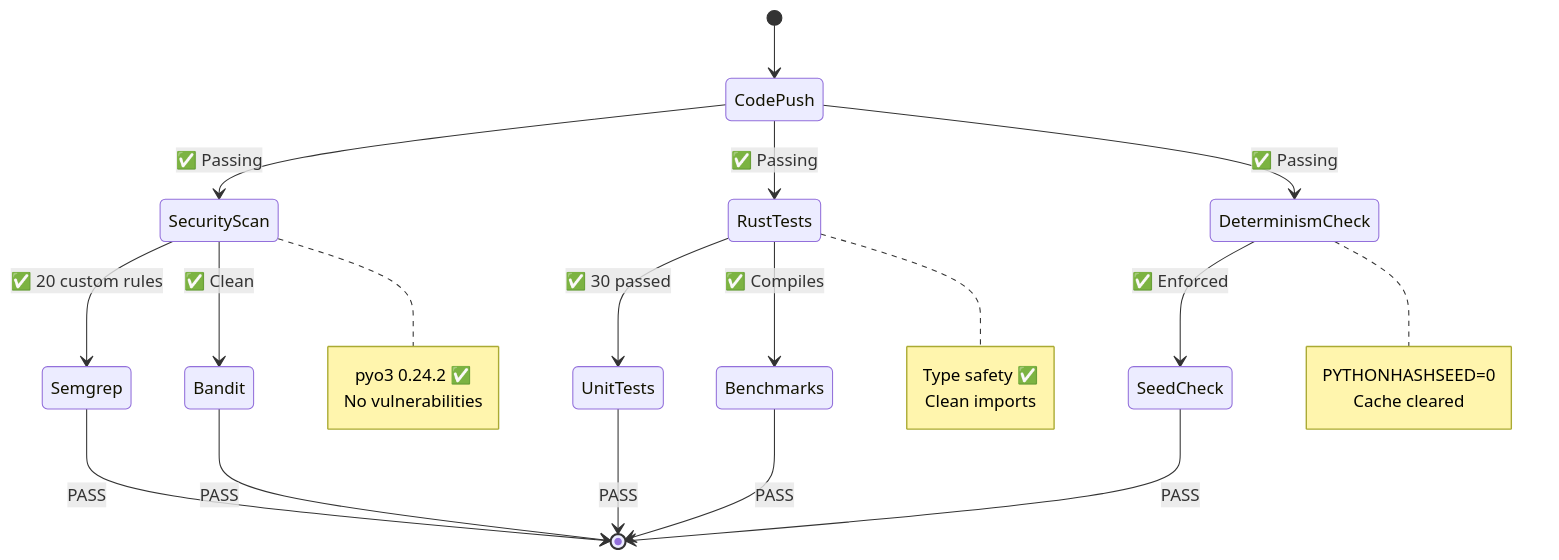
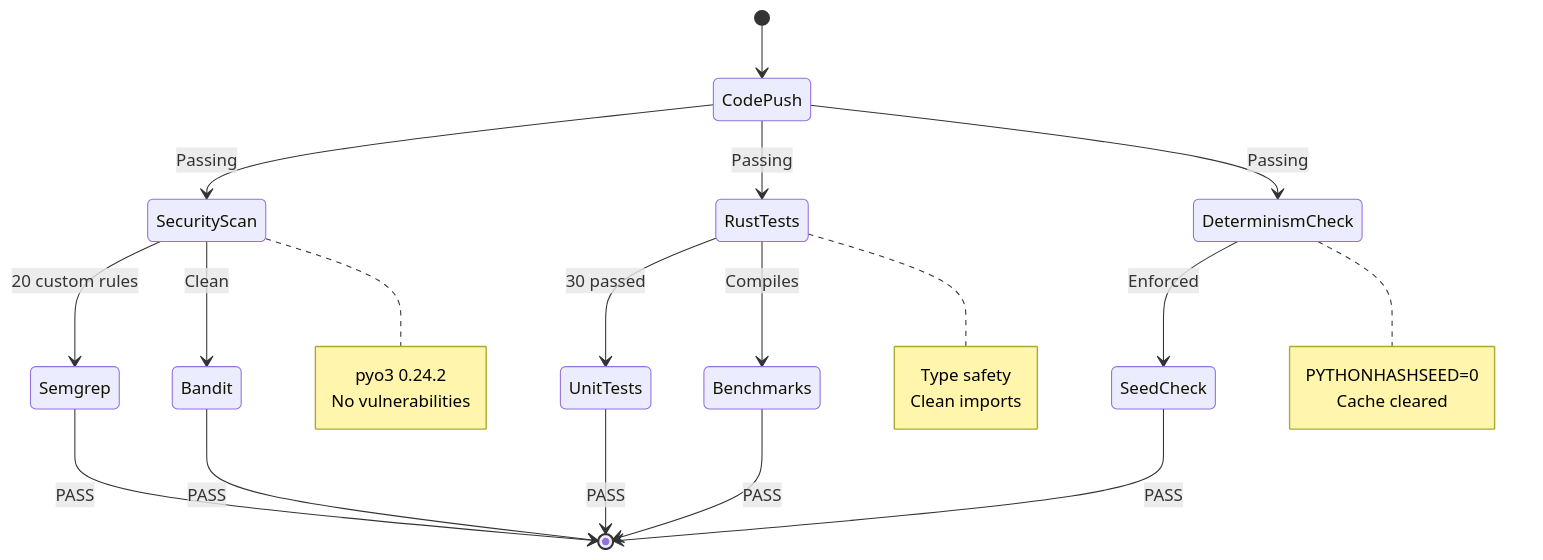
The fourth of 6 diagrams in docs/cognitive_brain/status/COGNITIVE_BRAIN_STATUS_V2.md (Aries-Serpent/_codex_), drawn with Mermaid before and after one commit. The commit also changed other lines of this file and 2029 other files, not shown here.

````diff
--- a/docs/cognitive_brain/status/COGNITIVE_BRAIN_STATUS_V2.md
+++ b/docs/cognitive_brain/status/COGNITIVE_BRAIN_STATUS_V2.md
@@ -147,33 +149,33 @@
 ```mermaid
 %%{init: {'accessibility': {'title': 'State Diagram showing *, *'}}%%
 stateDiagram-v2
     [*] --> CodePush
-    CodePush --> SecurityScan: ✅ Passing
-    CodePush --> RustTests: ✅ Passing
-    CodePush --> DeterminismCheck: ✅ Passing
-    SecurityScan --> Semgrep: ✅ 20 custom rules
-    SecurityScan --> Bandit: ✅ Clean
-    RustTests --> UnitTests: ✅ 30 passed
-    RustTests --> Benchmarks: ✅ Compiles
-    DeterminismCheck --> SeedCheck: ✅ Enforced
+    CodePush --> SecurityScan:  Passing
+    CodePush --> RustTests:  Passing
+    CodePush --> DeterminismCheck:  Passing
+    SecurityScan --> Semgrep:  20 custom rules
+    SecurityScan --> Bandit:  Clean
+    RustTests --> UnitTests:  30 passed
+    RustTests --> Benchmarks:  Compiles
+    DeterminismCheck --> SeedCheck:  Enforced
     Semgrep --> [*]: PASS
     Bandit --> [*]: PASS
     UnitTests --> [*]: PASS
     Benchmarks --> [*]: PASS
     SeedCheck --> [*]: PASS
 
     note right of SecurityScan
-        pyo3 0.24.2 ✅
+        pyo3 0.24.2 
         No vulnerabilities
     end note
 
     note right of RustTests
-        Type safety ✅
+        Type safety 
         Clean imports
     end note
 
     note right of DeterminismCheck
         PYTHONHASHSEED=0
         Cache cleared
     end note
 ```
````
